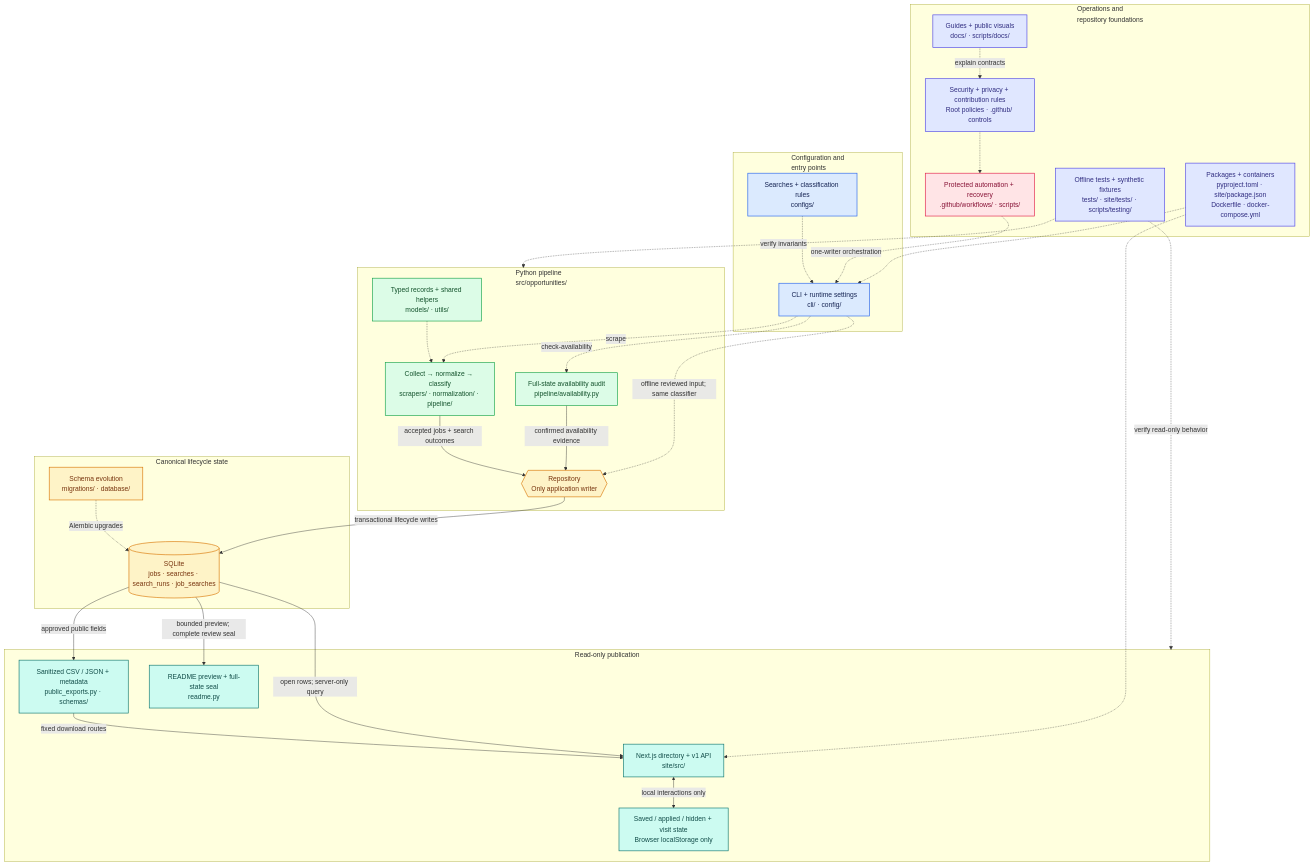
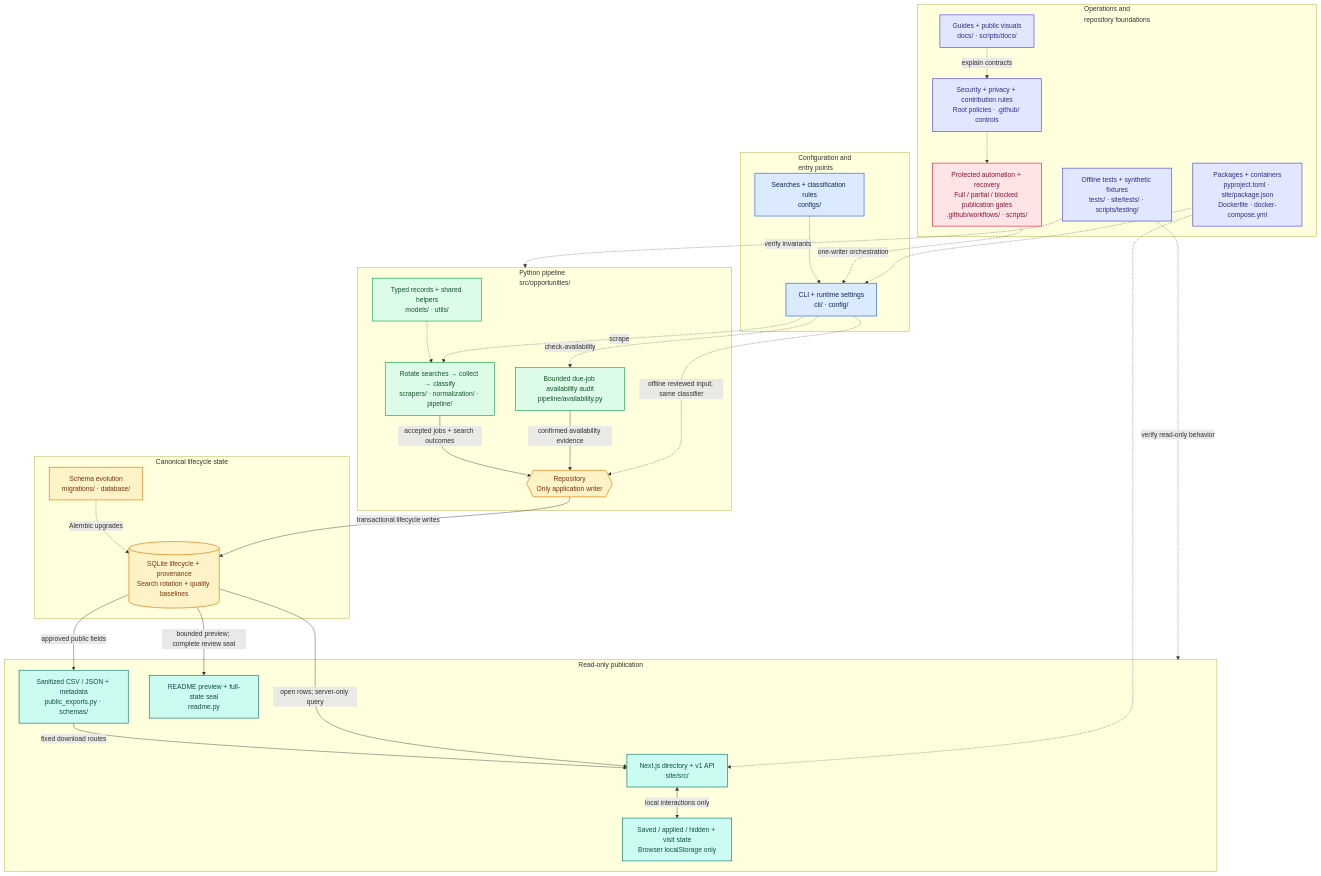
Before and after one commit to simonesiega/european-tech-opportunities-2027: the first of 5 diagrams in docs/assets/diagram/source.md, drawn with Mermaid. The commit also changed other lines of this file and 30 other files, not shown here.

Commit message:
feat: publish validated partial collections and rotate searches (#236)

````diff
--- a/docs/assets/diagram/source.md
+++ b/docs/assets/diagram/source.md
@@ -9,7 +9,7 @@
 ```mermaid
 flowchart TB
     accTitle: European Tech Opportunities 2027 — repository overview
-    accDescr: Configuration and the CLI drive permission-gated collection and a separate availability audit. Repository is the only application writer to canonical SQLite. The website, API, exports, and README are read-only projections. Automation, tests, documentation, policies, and build tooling support these boundaries.
+    accDescr: Configuration and the CLI drive permission-gated collection with persistent oldest-completed search rotation and a separate bounded availability audit. Repository is the only application writer to canonical SQLite. HTTP 429 stops source requests; completed searches can publish only after quality and integrity gates and manual review. Other source denials and all audit denials block publication. The website, API, exports, and README are read-only projections.
 
     subgraph CONTROL["Configuration and<br/>entry points"]
         CONFIG["Searches + classification rules<br/>configs/"]
@@ -18,8 +18,8 @@
     end
 
     subgraph PYTHON["Python pipeline<br/>src/opportunities/"]
-        COLLECT["Collect → normalize → classify<br/>scrapers/ · normalization/ · pipeline/"]
-        AUDIT["Full-state availability audit<br/>pipeline/availability.py"]
+        COLLECT["Rotate searches → collect → classify<br/>scrapers/ · normalization/ · pipeline/"]
+        AUDIT["Bounded due-job availability audit<br/>pipeline/availability.py"]
         REPO{{"Repository<br/>Only application writer"}}
         DOMAIN["Typed records + shared helpers<br/>models/ · utils/"]
         COLLECT -->|accepted jobs + search outcomes| REPO
@@ -28,7 +28,7 @@
     end
 
     subgraph STATE["Canonical lifecycle state"]
-        DB[("SQLite<br/>jobs · searches · search_runs · job_searches")]
+        DB[("SQLite lifecycle + provenance<br/>Search rotation + quality baselines")]
         MIGRATIONS["Schema evolution<br/>migrations/ · database/"]
         MIGRATIONS -.->|Alembic upgrades| DB
     end
@@ -43,7 +43,7 @@
     end
 
     subgraph SUPPORT["Operations and<br/>repository foundations"]
-        OPS["Protected automation + recovery<br/>.github/workflows/ · scripts/"]
+        OPS["Protected automation + recovery<br/>Full / partial / blocked publication gates<br/>.github/workflows/ · scripts/"]
         TESTS["Offline tests + synthetic fixtures<br/>tests/ · site/tests/ · scripts/testing/"]
         DOCS["Guides + public visuals<br/>docs/ · scripts/docs/"]
         BUILD["Packages + containers<br/>pyproject.toml · site/package.json<br/>Dockerfile · docker-compose.yml"]
````
